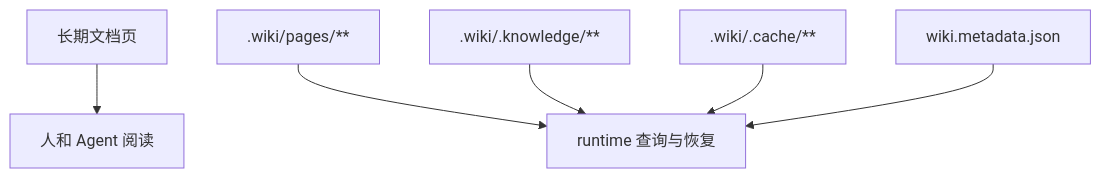
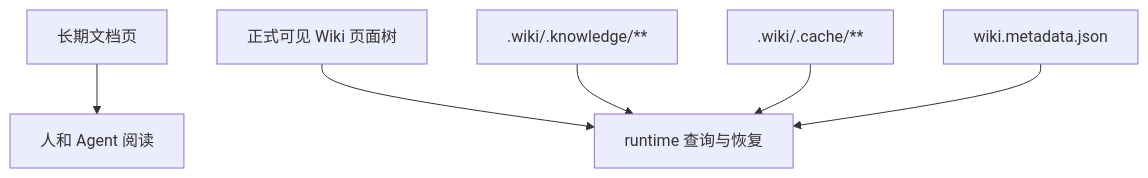
One commit to baiyucraft/SpecWiki changed the diagram in .wiki/04-对外方法/01-配置与运行时产物.md. Above: the diagram before and after it, drawn with Mermaid. The commit also changed other lines of this file and 20 other files, not shown here.

````diff
--- a/.wiki/04-对外方法/01-配置与运行时产物.md
+++ b/.wiki/04-对外方法/01-配置与运行时产物.md
@@ -29,8 +28,8 @@
 ```mermaid
 flowchart TD
   Docs["长期文档页"] --> Human["人和 Agent 阅读"]
-  RuntimePages[".wiki/pages/**"] --> Query["runtime 查询与恢复"]
+  RuntimePages["正式可见 Wiki 页面树"] --> Query["runtime 查询与恢复"]
   Knowledge[".wiki/.knowledge/**"] --> Query
   Cache[".wiki/.cache/**"] --> Query
   Metadata["wiki.metadata.json"] --> Query
 ```
````
